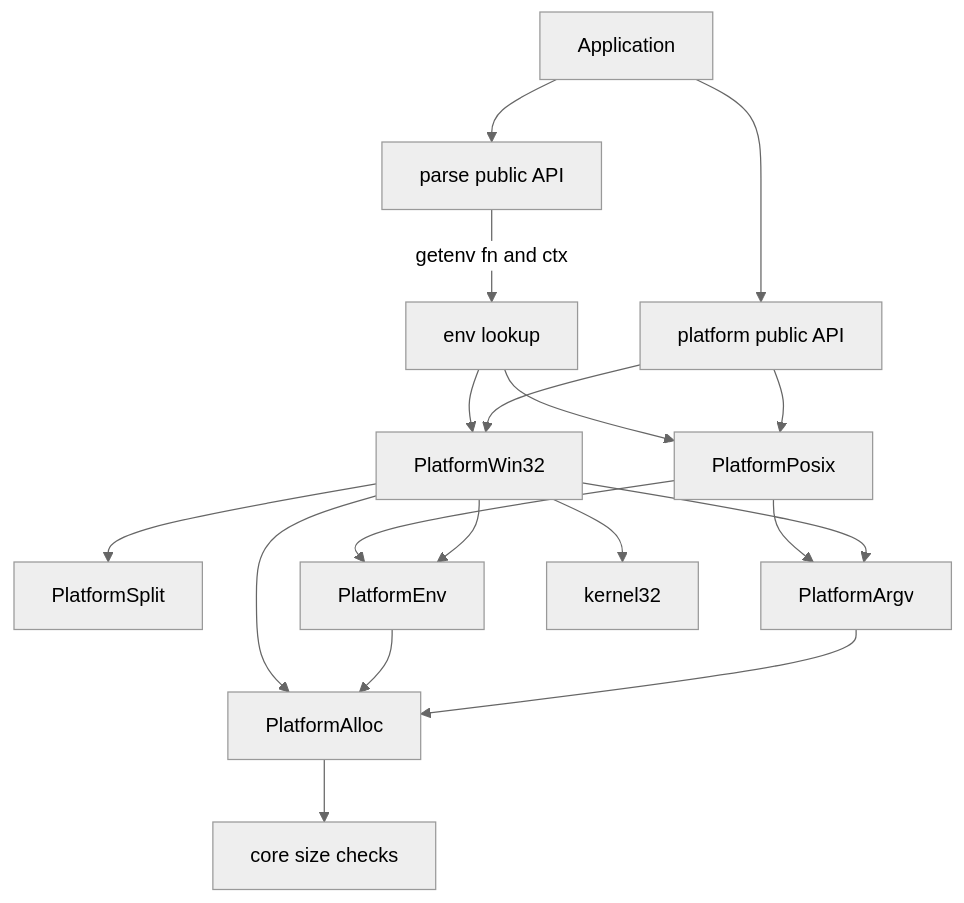
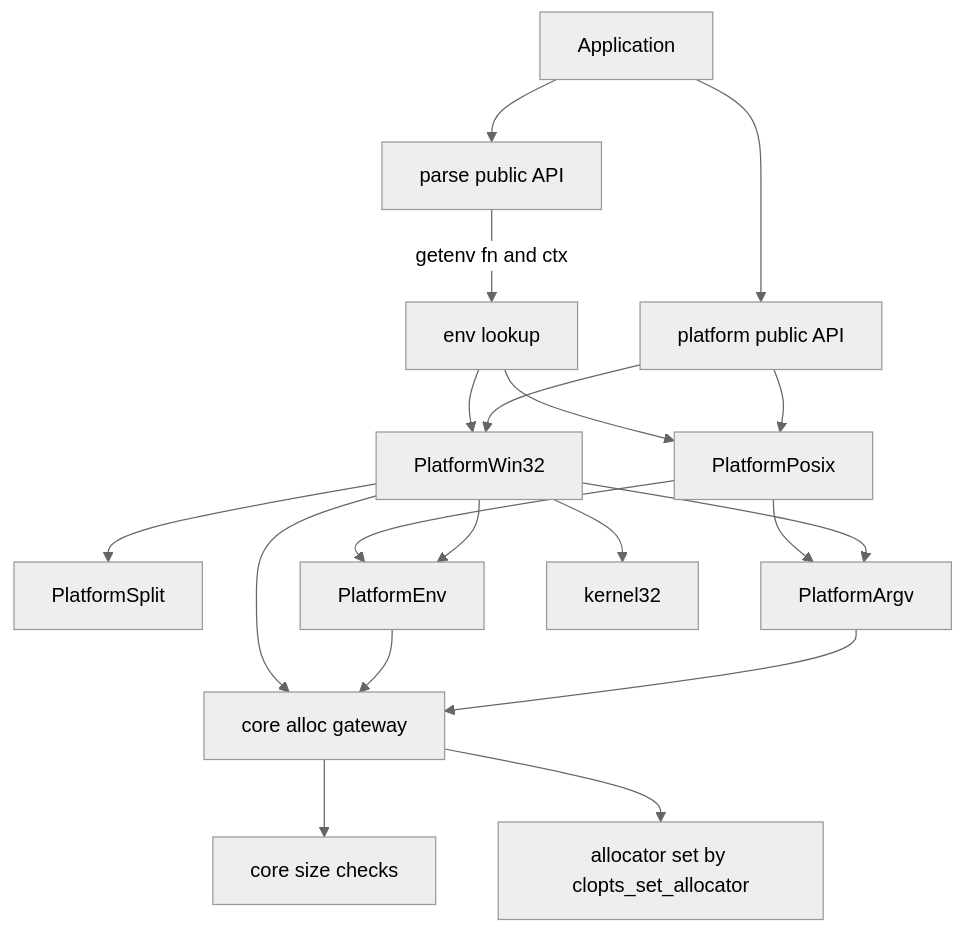
The first of 3 diagrams in .kiro/specs/platform-argv/design.md (ktdevx/clopts-private), drawn with Mermaid (neutral theme) before and after one commit. The commit also changed other lines of this file and 21 other files, not shown here.

````diff
--- a/.kiro/specs/platform-argv/design.md
+++ b/.kiro/specs/platform-argv/design.md
@@ -59,20 +60,21 @@
 ```mermaid
 graph TB
     App[Application] --> PublicApi[platform public API]
     App --> ParseApi[parse public API]
     ParseApi -->|getenv fn and ctx| EnvLookup[env lookup]
     PublicApi --> OsWin[PlatformWin32]
     PublicApi --> OsPosix[PlatformPosix]
     OsWin --> Split[PlatformSplit]
     OsWin --> ArgvHandle[PlatformArgv]
     OsWin --> EnvCtx[PlatformEnv]
     OsPosix --> ArgvHandle
     OsPosix --> EnvCtx
-    ArgvHandle --> Alloc[PlatformAlloc]
+    ArgvHandle --> Alloc[core alloc gateway]
     EnvCtx --> Alloc
     OsWin --> Alloc
     Alloc --> CoreSize[core size checks]
+    Alloc --> Allocator[allocator set by clopts_set_allocator]
     OsWin --> Kernel32[kernel32]
     EnvLookup --> OsWin
     EnvLookup --> OsPosix
 ```
````
